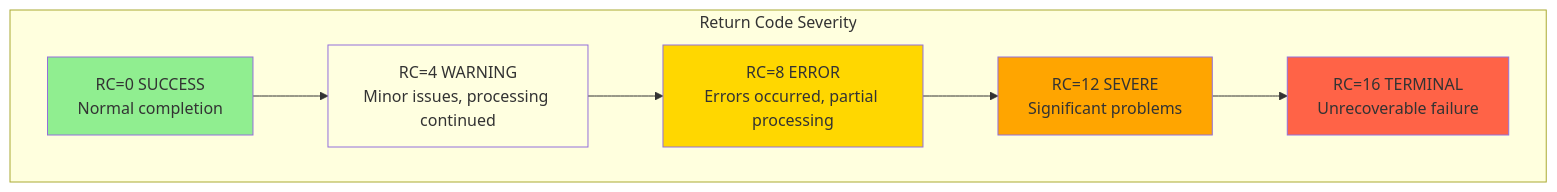
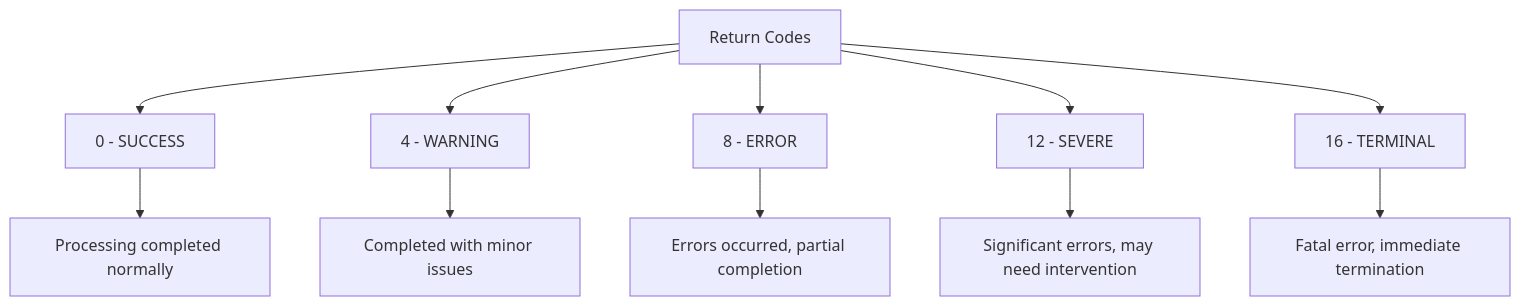
One commit to haladir-com/legacy-benchmark-docs-vb70e1 changed the second of 2 diagrams in docs/copybooks/ERRHAND.mdx. Above: the diagram before and after it, drawn with Mermaid. The commit also changed other lines of this file and 63 other files, not shown here.

````diff
--- a/docs/copybooks/ERRHAND.mdx
+++ b/docs/copybooks/ERRHAND.mdx
@@ -55,18 +107,14 @@
 ```mermaid
 graph TD
-    subgraph "Return Code Severity"
-        A["RC=0 SUCCESS<br/>Normal completion"]
-        B["RC=4 WARNING<br/>Minor issues, processing continued"]
-        C["RC=8 ERROR<br/>Errors occurred, partial processing"]
-        D["RC=12 SEVERE<br/>Significant problems"]
-        E["RC=16 TERMINAL<br/>Unrecoverable failure"]
-    end
+    A[Return Codes] --> B["0 - SUCCESS"]
+    A --> C["4 - WARNING"]
+    A --> D["8 - ERROR"]
+    A --> E["12 - SEVERE"]
+    A --> F["16 - TERMINAL"]
     
-    A --> B --> C --> D --> E
-    
-    style A fill:#90EE90
-    style B fill:#FFFFE0
-    style C fill:#FFD700
-    style D fill:#FFA500
-    style E fill:#FF6347
+    B --> B1[Processing completed normally]
+    C --> C1[Completed with minor issues]
+    D --> D1[Errors occurred, partial completion]
+    E --> E1[Significant errors, may need intervention]
+    F --> F1[Fatal error, immediate termination]
 ```
````
